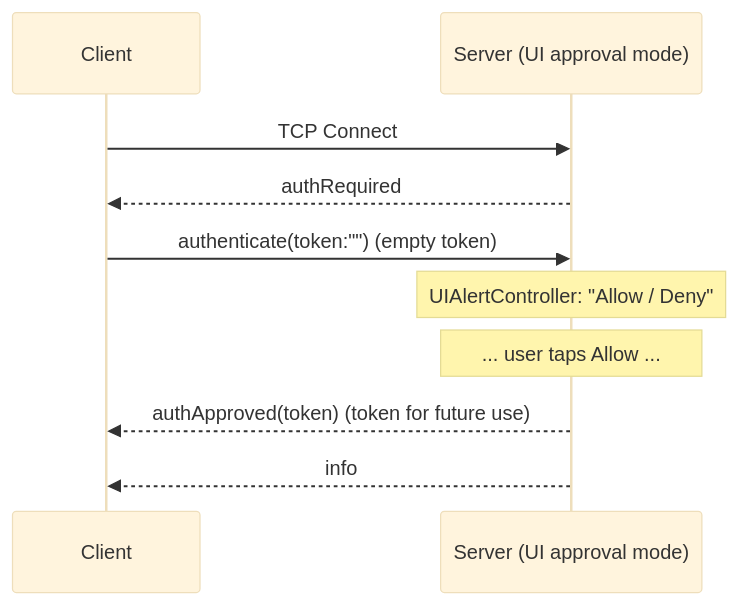
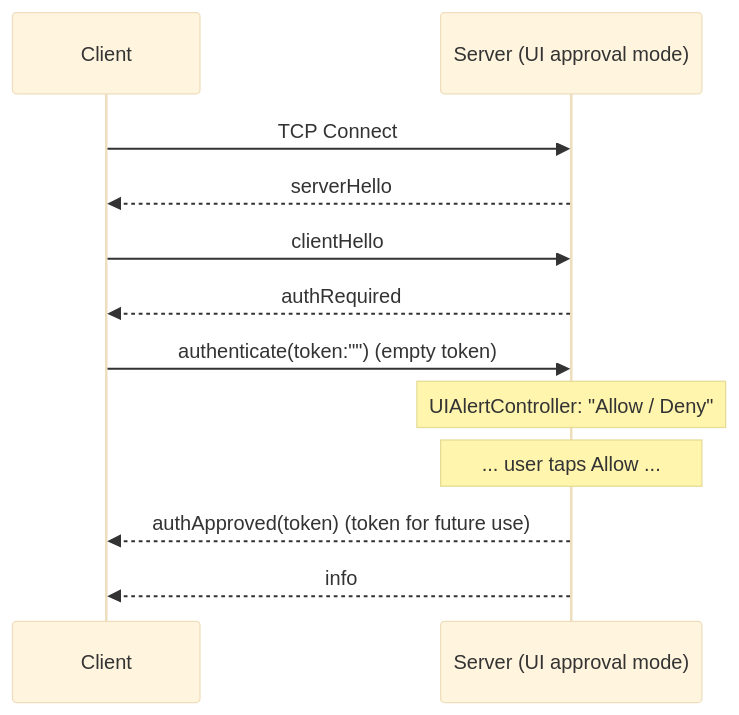
One commit to RoyalPineapple/TheButtonHeist changed the third of 3 diagrams in docs/WIRE-PROTOCOL.md. Above: the diagram before and after it, drawn with Mermaid (base theme). The commit also changed other lines of this file and 30 other files, not shown here.

````diff
--- a/docs/WIRE-PROTOCOL.md
+++ b/docs/WIRE-PROTOCOL.md
@@ -1297,13 +1344,15 @@
 ```mermaid
 sequenceDiagram
     participant Client
     participant Server as Server (UI approval mode)
 
     Client->>Server: TCP Connect
+    Server-->>Client: serverHello
+    Client->>Server: clientHello
     Server-->>Client: authRequired
     Client->>Server: authenticate(token:"") (empty token)
     Note over Server: UIAlertController: "Allow / Deny"
     Note over Server: ... user taps Allow ...
     Server-->>Client: authApproved(token) (token for future use)
     Server-->>Client: info
 ```
````
